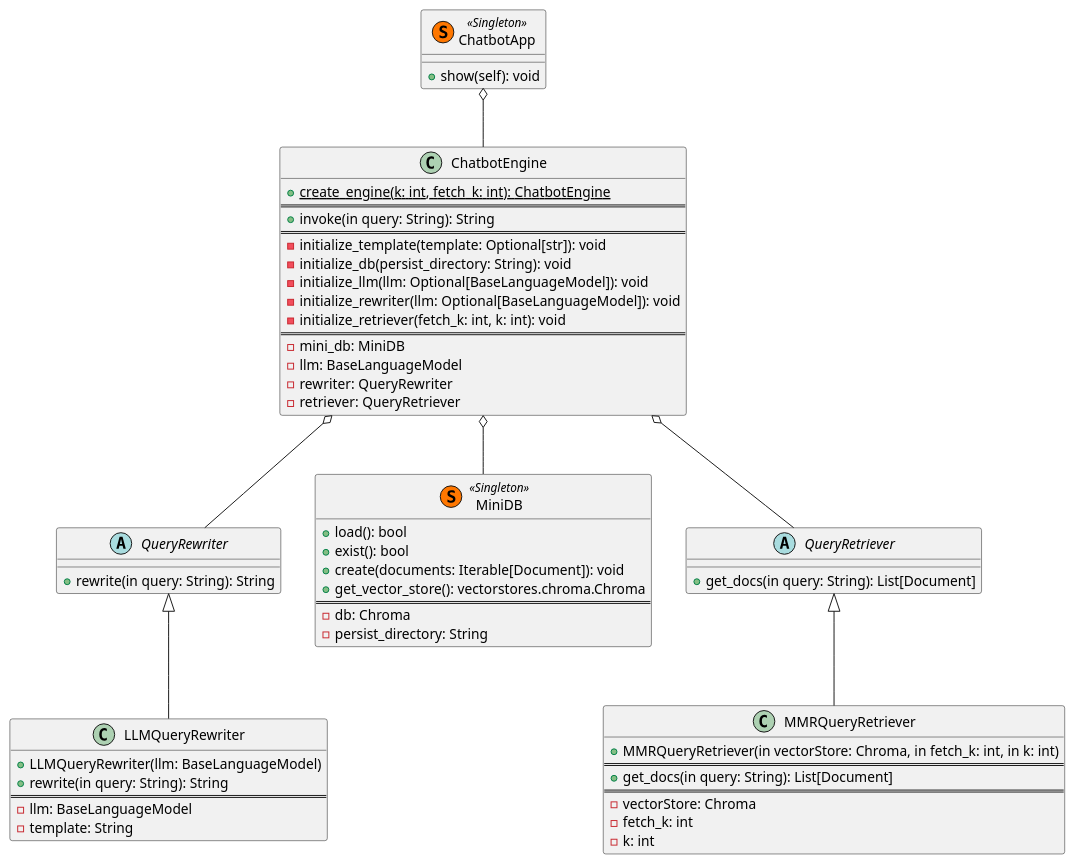
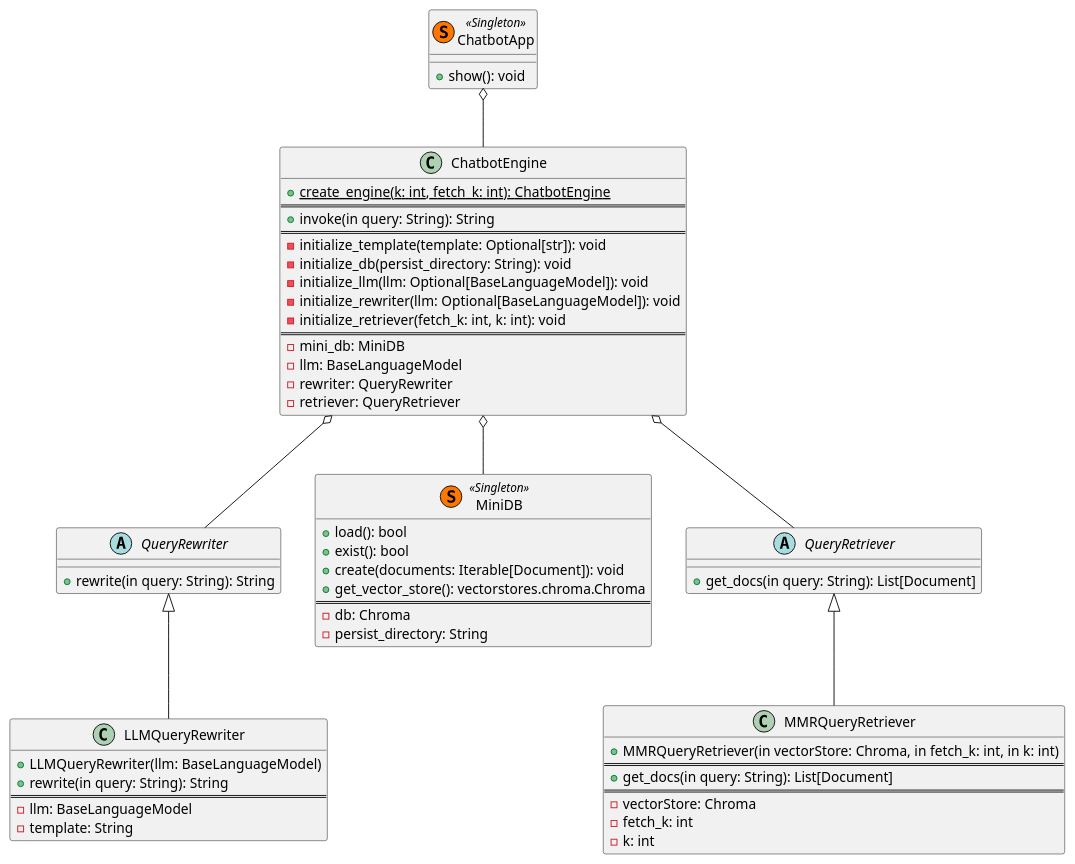
One commit to SirArt25/ChatMate changed the diagram in uml_diagrams/project.puml. Above: the diagram before and after it, drawn with PlantUML.

```diff
--- a/uml_diagrams/project.puml
+++ b/uml_diagrams/project.puml
@@ -1,75 +1,75 @@
 @startuml
 
 
 abstract class QueryRewriter {
     + rewrite(in query: String): String
 }
 
 class LLMQueryRewriter {
     + LLMQueryRewriter(llm: BaseLanguageModel)
     + rewrite(in query: String): String
     ===
     - llm: BaseLanguageModel
     - template: String
 }
 
 
 class ChatbotEngine {
     + {static} create_engine(k: int, fetch_k: int): ChatbotEngine
     ===
     + invoke(in query: String): String
     ===
     - initialize_template(template: Optional[str]): void
     - initialize_db(persist_directory: String): void
     - initialize_llm(llm: Optional[BaseLanguageModel]): void
     - initialize_rewriter(llm: Optional[BaseLanguageModel]): void
     - initialize_retriever(fetch_k: int, k: int): void
     ===
     - mini_db: MiniDB
     - llm: BaseLanguageModel
     - rewriter: QueryRewriter
     - retriever: QueryRetriever
 }
 
 
 class MiniDB  << (S,#FF7700) Singleton >> {
     + load(): bool
     + exist(): bool
     + create(documents: Iterable[Document]): void
     + get_vector_store(): vectorstores.chroma.Chroma
     ===
     - db: Chroma
     - persist_directory: String
 }
 
 
 
 QueryRewriter <|-- LLMQueryRewriter
 QueryRetriever <|-- MMRQueryRetriever
 
 ChatbotEngine o-- QueryRewriter
 ChatbotEngine o-- MiniDB
 ChatbotEngine o-- QueryRetriever
 ChatbotApp o-- ChatbotEngine
 
 
 
 abstract class QueryRetriever {
     + get_docs(in query: String): List[Document]
 }
 class MMRQueryRetriever {
     + MMRQueryRetriever(in vectorStore: Chroma, in fetch_k: int, in k: int)
     ===
     + get_docs(in query: String): List[Document]
     ===
     - vectorStore: Chroma
     - fetch_k: int
     - k: int
 }
 
 
 class ChatbotApp  << (S,#FF7700) Singleton >> {
-    + show(self): void
+    + show(): void
 }
 
 @enduml
```
